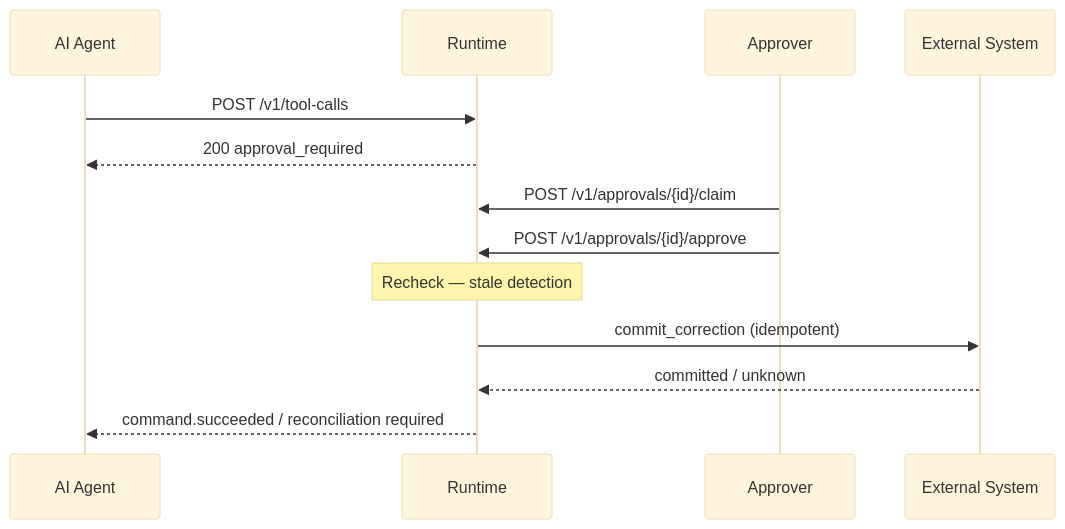
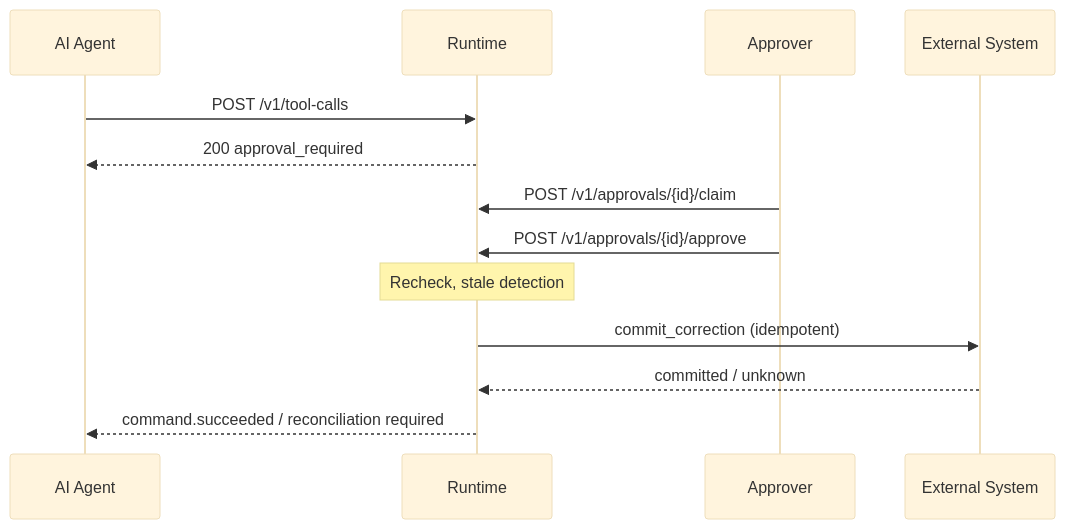
Before and after one commit to nenedesign/conversational-ops-runtime: the second of 2 diagrams in README.md, drawn with Mermaid (base theme). The commit also changed other lines of this file and 9 other files, not shown here.

````diff
--- a/README.md
+++ b/README.md
@@ -179,16 +179,16 @@
 ```mermaid
 sequenceDiagram
     participant Model as AI Agent
     participant Runtime as Runtime
     participant Human as Approver
     participant Provider as External System
 
     Model->>Runtime: POST /v1/tool-calls
     Runtime-->>Model: 200 approval_required
     Human->>Runtime: POST /v1/approvals/{id}/claim
     Human->>Runtime: POST /v1/approvals/{id}/approve
-    Note over Runtime: Recheck — stale detection
+    Note over Runtime: Recheck, stale detection
     Runtime->>Provider: commit_correction (idempotent)
     Provider-->>Runtime: committed / unknown
     Runtime-->>Model: command.succeeded / reconciliation required
 ```
````
